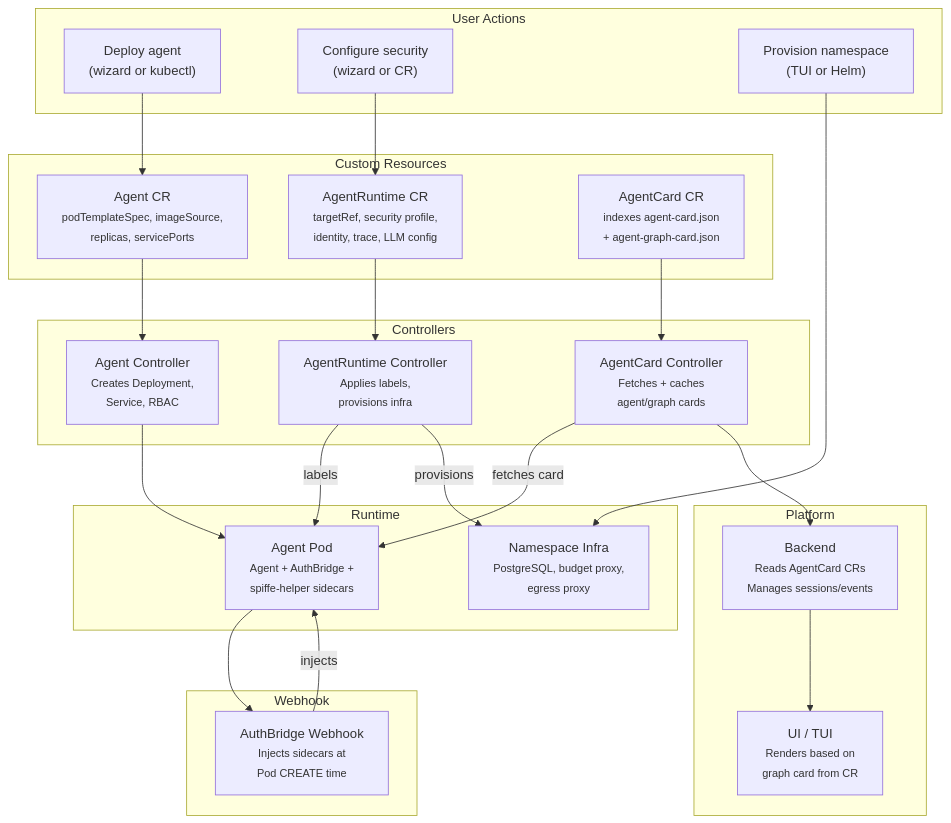
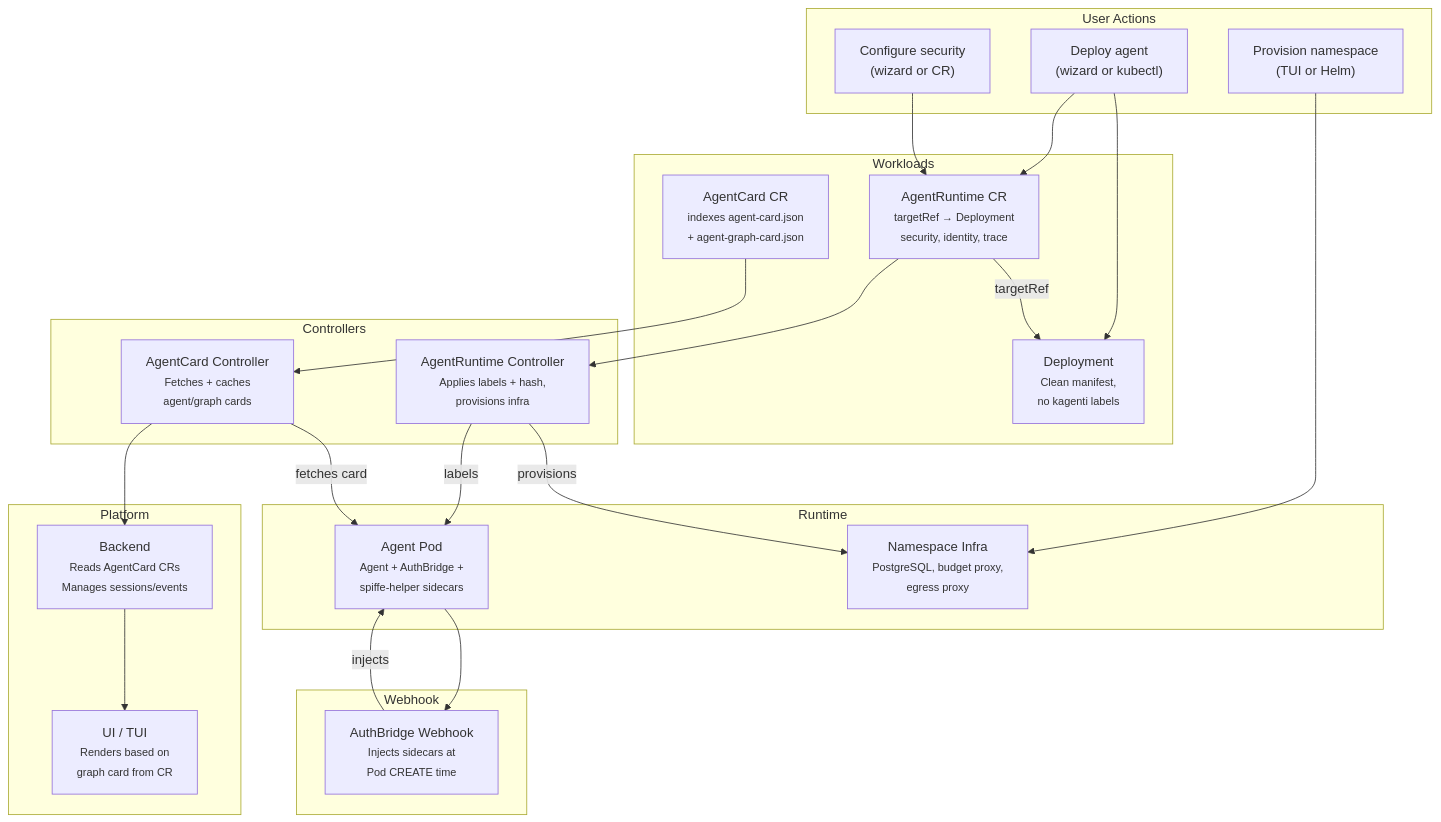
One commit to kagenti/kagenti changed the ninth of 9 diagrams in docs/agentic-runtime/operator-alignment.md. Above: the diagram before and after it, drawn with Mermaid. The commit also changed other lines of this file, not shown here.

First line of the commit message:
docs: fix operator alignment — AgentRuntime targets Deployments not Agent CRs

````diff
--- a/docs/agentic-runtime/operator-alignment.md
+++ b/docs/agentic-runtime/operator-alignment.md
@@ -364,47 +458,47 @@
 ```mermaid
 flowchart TB
     subgraph user["User Actions"]
         Deploy["Deploy agent<br/>(wizard or kubectl)"]
         Config["Configure security<br/>(wizard or CR)"]
         Provision["Provision namespace<br/>(TUI or Helm)"]
     end
 
-    subgraph crs["Custom Resources"]
-        AgentCR["Agent CR<br/><small>podTemplateSpec, imageSource,<br/>replicas, servicePorts</small>"]
-        RuntimeCR["AgentRuntime CR<br/><small>targetRef, security profile,<br/>identity, trace, LLM config</small>"]
+    subgraph workloads["Workloads"]
+        Dep["Deployment<br/><small>Clean manifest,<br/>no kagenti labels</small>"]
+        RuntimeCR["AgentRuntime CR<br/><small>targetRef → Deployment<br/>security, identity, trace</small>"]
         CardCR["AgentCard CR<br/><small>indexes agent-card.json<br/>+ agent-graph-card.json</small>"]
     end
 
     subgraph controllers["Controllers"]
-        AgentCtrl["Agent Controller<br/><small>Creates Deployment,<br/>Service, RBAC</small>"]
-        RuntimeCtrl["AgentRuntime Controller<br/><small>Applies labels,<br/>provisions infra</small>"]
+        RuntimeCtrl["AgentRuntime Controller<br/><small>Applies labels + hash,<br/>provisions infra</small>"]
         CardCtrl["AgentCard Controller<br/><small>Fetches + caches<br/>agent/graph cards</small>"]
     end
 
     subgraph webhook_layer["Webhook"]
         Webhook["AuthBridge Webhook<br/><small>Injects sidecars at<br/>Pod CREATE time</small>"]
     end
 
     subgraph runtime["Runtime"]
         Pod["Agent Pod<br/><small>Agent + AuthBridge +<br/>spiffe-helper sidecars</small>"]
         Infra["Namespace Infra<br/><small>PostgreSQL, budget proxy,<br/>egress proxy</small>"]
     end
 
     subgraph backend_layer["Platform"]
         Backend5["Backend<br/><small>Reads AgentCard CRs<br/>Manages sessions/events</small>"]
         UI2["UI / TUI<br/><small>Renders based on<br/>graph card from CR</small>"]
     end
 
-    Deploy --> AgentCR
+    Deploy --> Dep
+    Deploy --> RuntimeCR
     Config --> RuntimeCR
     Provision --> Infra
 
-    AgentCR --> AgentCtrl --> Pod
+    RuntimeCR -->|"targetRef"| Dep
     RuntimeCR --> RuntimeCtrl
     RuntimeCtrl -->|"labels"| Pod
     RuntimeCtrl -->|"provisions"| Infra
     Pod --> Webhook -->|"injects"| Pod
     CardCR --> CardCtrl -->|"fetches card"| Pod
 
     CardCtrl --> Backend5 --> UI2
 ```
````
